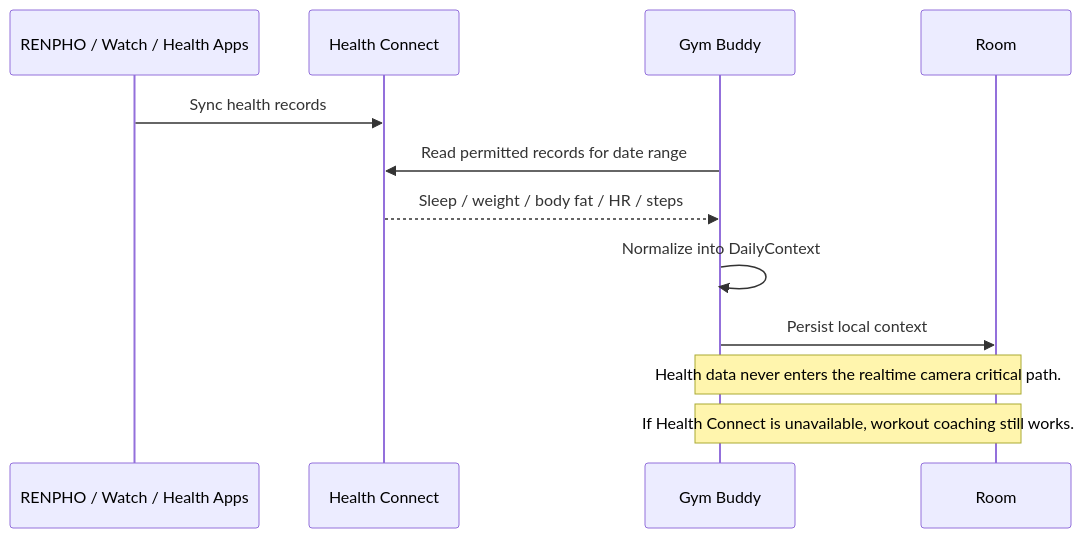
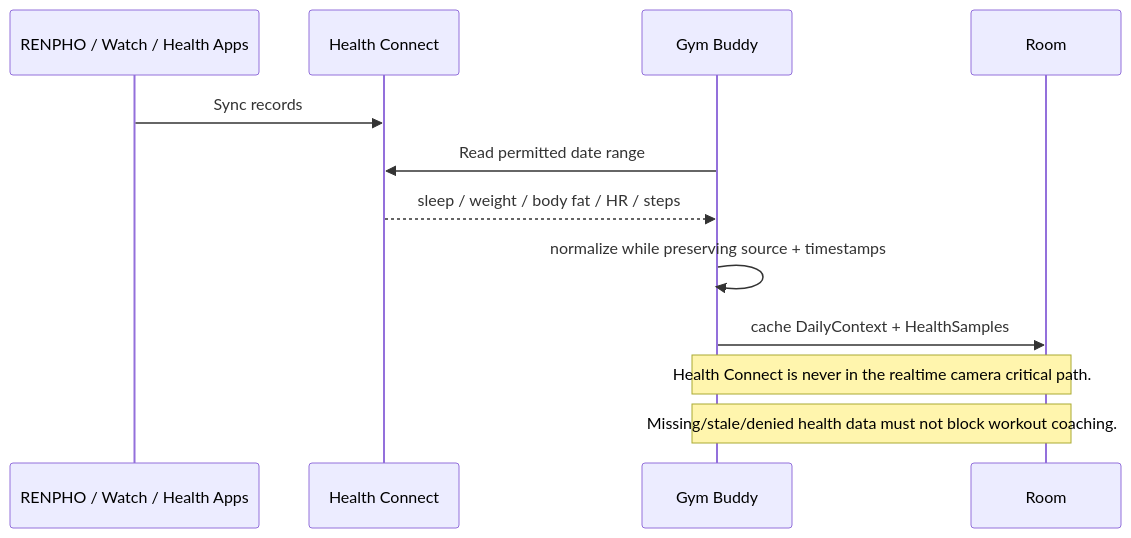
Before and after one commit to lazerta/gym-buddy: the fifth of 7 diagrams in docs/uml/OVERVIEW.md, drawn with Mermaid. The commit also changed other lines of this file, not shown here.

Commit message:
Upgrade rendered UML overview to v0.2

````diff
--- a/docs/uml/OVERVIEW.md
+++ b/docs/uml/OVERVIEW.md
@@ -167,16 +215,16 @@
 ```mermaid
 sequenceDiagram
     participant SRC as RENPHO / Watch / Health Apps
     participant HC as Health Connect
     participant G as Gym Buddy
     participant DB as Room
 
-    SRC->>HC: Sync health records
-    G->>HC: Read permitted records for date range
-    HC-->>G: Sleep / weight / body fat / HR / steps
-    G->>G: Normalize into DailyContext
-    G->>DB: Persist local context
+    SRC->>HC: Sync records
+    G->>HC: Read permitted date range
+    HC-->>G: sleep / weight / body fat / HR / steps
+    G->>G: normalize while preserving source + timestamps
+    G->>DB: cache DailyContext + HealthSamples
 
-    Note over G,DB: Health data never enters the realtime camera critical path.
-    Note over G,DB: If Health Connect is unavailable, workout coaching still works.
+    Note over G,DB: Health Connect is never in the realtime camera critical path.
+    Note over G,DB: Missing/stale/denied health data must not block workout coaching.
 ```
````
